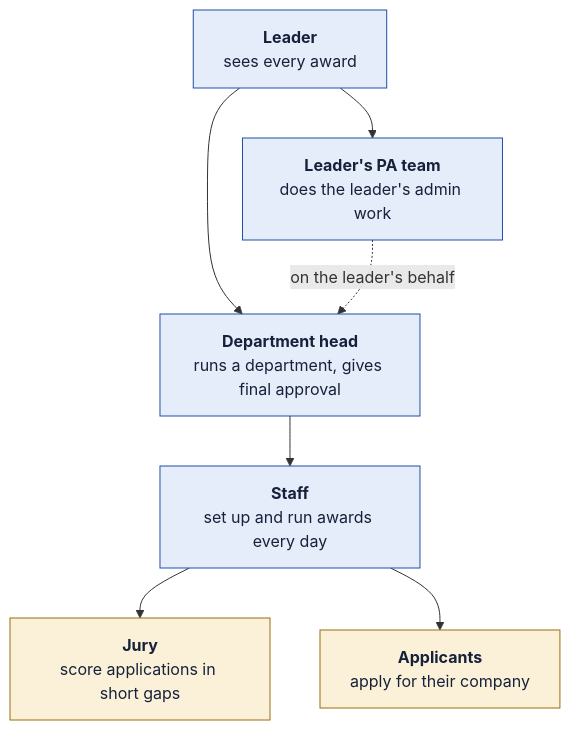
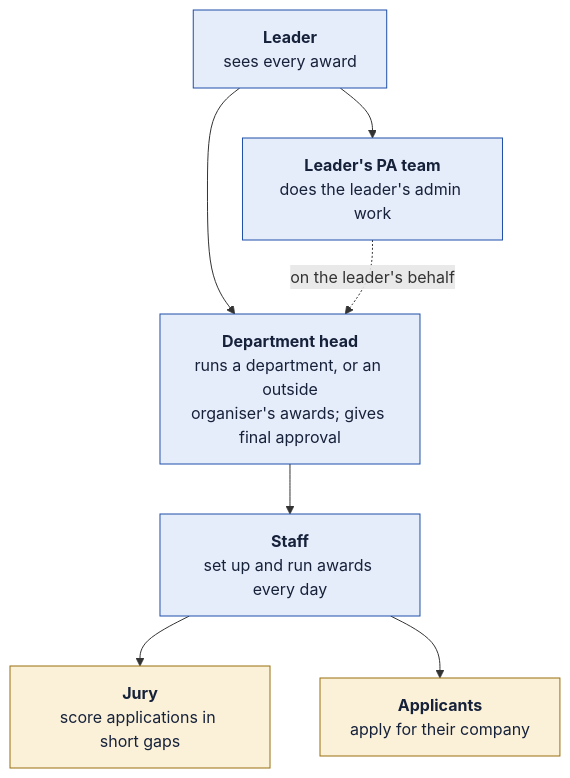
Before and after one commit to sumitdwivedi01/EigthyAwards: the second of 5 diagrams in docs/overview/README.md, drawn with Mermaid. The commit also changed other lines of this file and 18 other files, not shown here.

````diff
--- a/docs/overview/README.md
+++ b/docs/overview/README.md
@@ -78,13 +80,13 @@
 ```mermaid
 flowchart TD
     L["<b>Leader</b><br/>sees every award"] --> PA["<b>Leader's PA team</b><br/>does the leader's admin work"]
-    L --> DH["<b>Department head</b><br/>runs a department, gives final approval"]
+    L --> DH["<b>Department head</b><br/>runs a department, or an outside<br/>organiser's awards; gives final approval"]
     PA -.->|on the leader's behalf| DH
     DH --> S["<b>Staff</b><br/>set up and run awards every day"]
     S --> J["<b>Jury</b><br/>score applications in short gaps"]
     S --> AP["<b>Applicants</b><br/>apply for their company"]
     classDef lead fill:#E6EDFA,stroke:#1F4FA8,color:#16213A
     classDef ext fill:#FBF1D9,stroke:#9A6E0C,color:#16213A
     class L,PA,DH,S lead
     class J,AP ext
 ```
````
